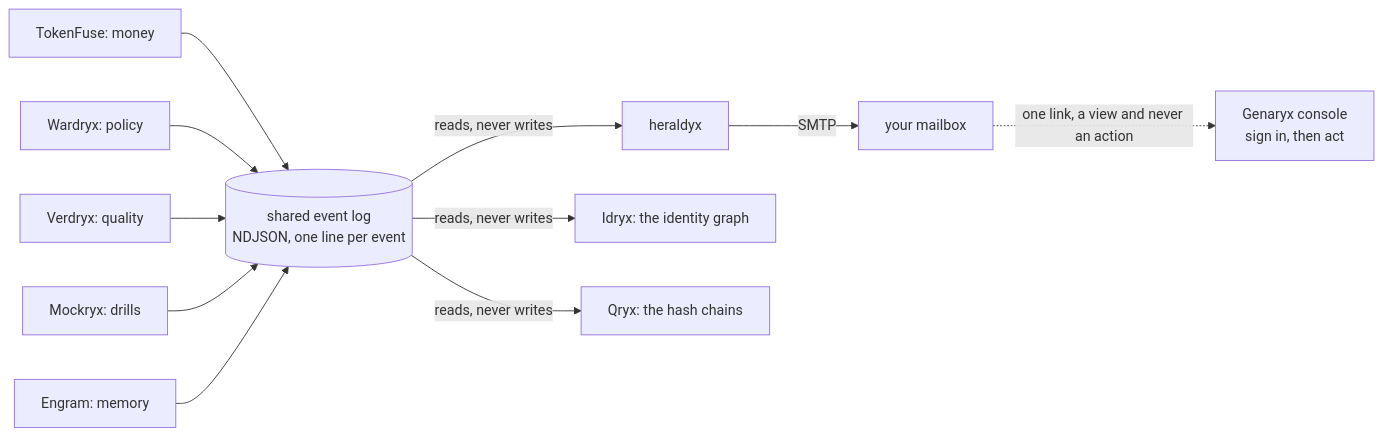
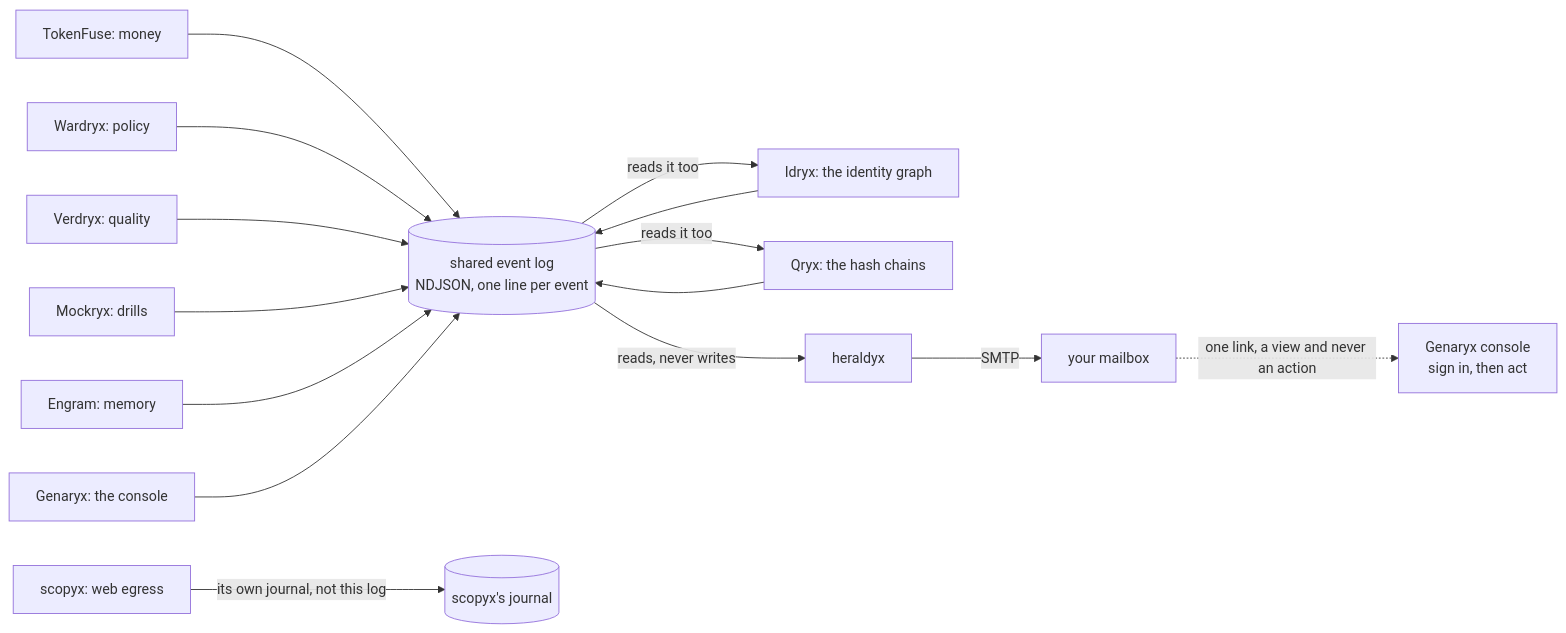
The diagram in README.md (TAIPANBOX/heraldyx), drawn with Mermaid before and after one commit. The commit also changed other lines of this file and 2 other files, not shown here.

````diff
--- a/README.md
+++ b/README.md
@@ -40,13 +40,17 @@
 ```mermaid
 flowchart LR
   TF["TokenFuse: money"] --> LOG[("shared event log<br/>NDJSON, one line per event")]
   WX["Wardryx: policy"] --> LOG
   VX["Verdryx: quality"] --> LOG
   MX["Mockryx: drills"] --> LOG
   ENG["Engram: memory"] --> LOG
+  GX["Genaryx: the console"] --> LOG
+  ID["Idryx: the identity graph"] --> LOG
+  QX["Qryx: the hash chains"] --> LOG
   LOG -->|"reads, never writes"| H["heraldyx"]
-  LOG -->|"reads, never writes"| ID["Idryx: the identity graph"]
-  LOG -->|"reads, never writes"| QX["Qryx: the hash chains"]
+  LOG -->|"reads it too"| ID
+  LOG -->|"reads it too"| QX
+  SC["scopyx: web egress"] -->|"its own journal, not this log"| SJ[("scopyx's journal")]
   H -->|"SMTP"| M["your mailbox"]
   M -.->|"one link, a view and never an action"| C["Genaryx console<br/>sign in, then act"]
 ```
````
